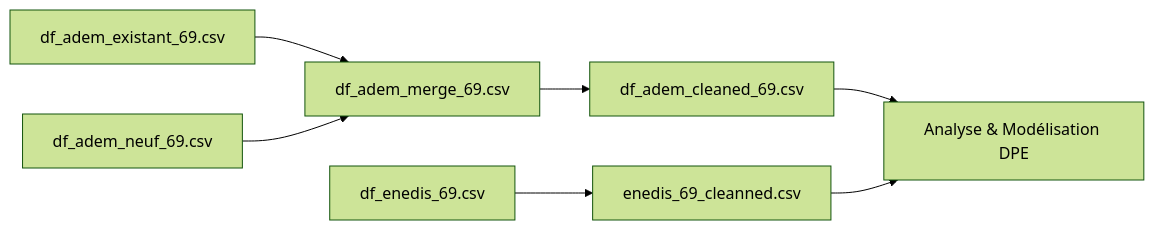
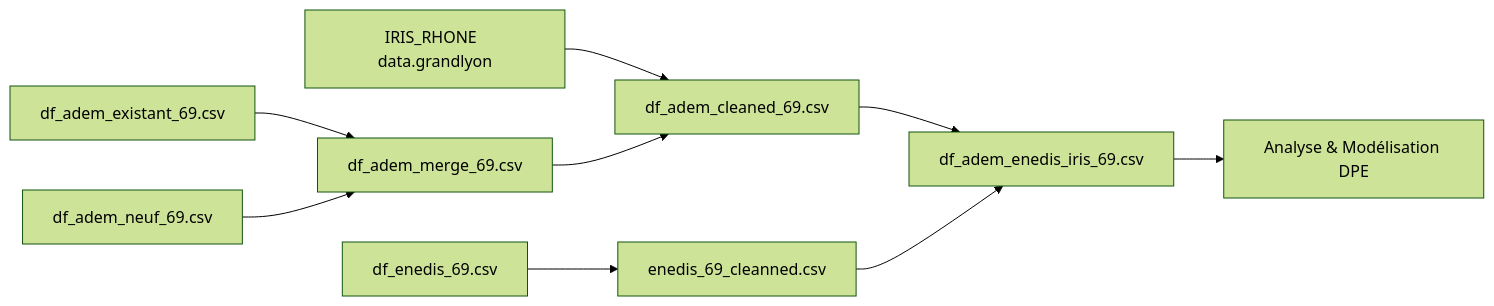
One commit to riadshrn/m2_enedis_dpe_app changed the diagram in data/README.md. Above: the diagram before and after it, drawn with Mermaid (forest theme).

Commit message:
README DATA

````diff
--- a/data/README.md
+++ b/data/README.md
@@ -67,8 +67,11 @@
 ```mermaid
 graph LR
+P[IRIS_RHONE  data.grandlyon] --> C
 B[df_adem_existant_69.csv] --> D[df_adem_merge_69.csv]
 F[df_adem_neuf_69.csv] --> D --> C[df_adem_cleaned_69.csv]
-C --> H[Analyse & Modélisation DPE]
+C --> S[df_adem_enedis_iris_69.csv]
+S --> H[Analyse & Modélisation DPE]
 X[df_enedis_69.csv] --> Y[enedis_69_cleanned.csv]
-Y --> H
+Y --> S
+
 ```
````
